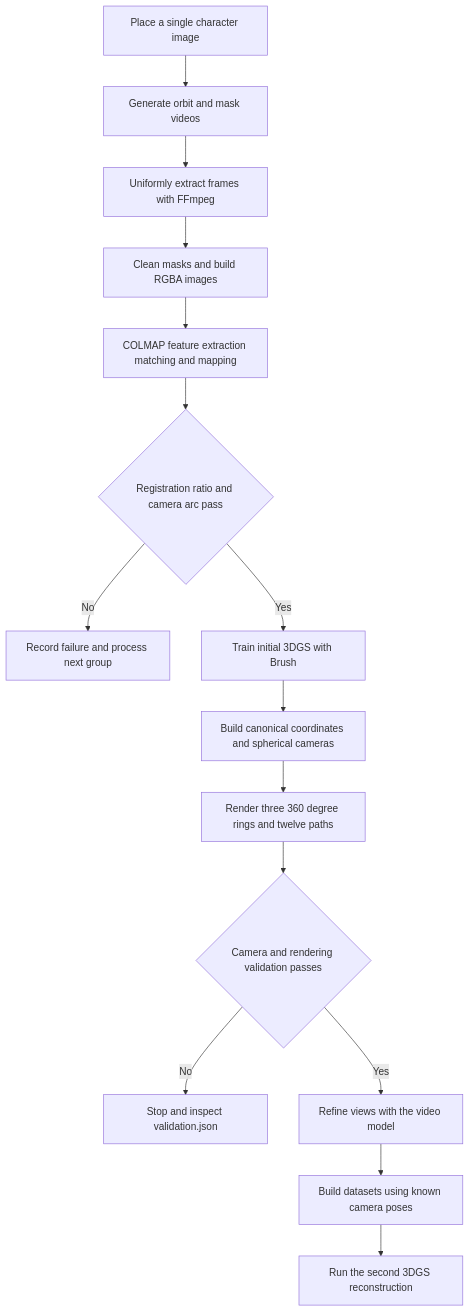
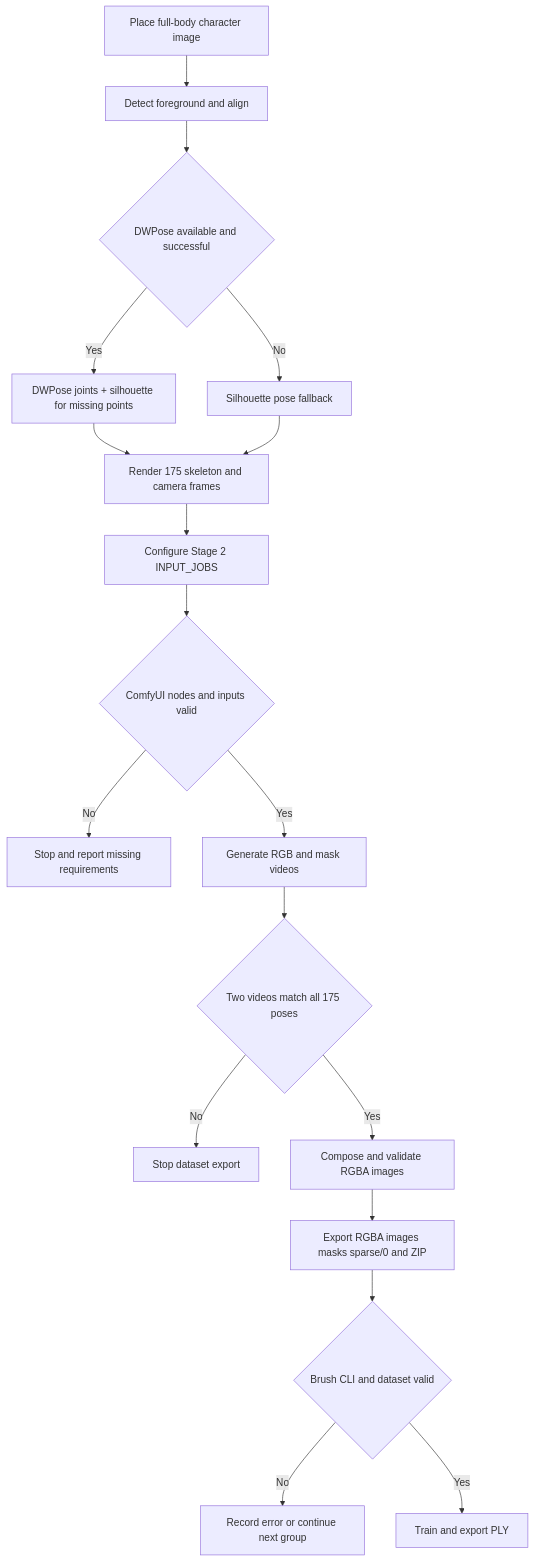
Before and after one commit to gkwang4912/VideoSplat: the third of 3 diagrams in README_EN.md, drawn with Mermaid. The commit also changed other lines of this file and 110 other files, not shown here.

````diff
--- a/README_EN.md
+++ b/README_EN.md
@@ -73,17 +79,20 @@
 ```mermaid
 flowchart TD
-    S[Place a single character image] --> G[Generate orbit and mask videos]
-    G --> F[Uniformly extract frames with FFmpeg]
-    F --> R[Clean masks and build RGBA images]
-    R --> C[COLMAP feature extraction matching and mapping]
-    C --> Q{Registration ratio and camera arc pass}
-    Q -- No --> X[Record failure and process next group]
-    Q -- Yes --> B[Train initial 3DGS with Brush]
-    B --> O[Build canonical coordinates and spherical cameras]
-    O --> T[Render three 360 degree rings and twelve paths]
-    T --> V{Camera and rendering validation passes}
-    V -- No --> Y[Stop and inspect validation.json]
-    V -- Yes --> L[Refine views with the video model]
-    L --> K[Build datasets using known camera poses]
-    K --> Z[Run the second 3DGS reconstruction]
+    A[Place full-body character image] --> B[Detect foreground and align]
+    B --> C{DWPose available and successful}
+    C -- Yes --> D[DWPose joints + silhouette for missing points]
+    C -- No --> E[Silhouette pose fallback]
+    D --> F[Render 175 skeleton and camera frames]
+    E --> F
+    F --> G[Configure Stage 2 INPUT_JOBS]
+    G --> H{ComfyUI nodes and inputs valid}
+    H -- No --> X[Stop and report missing requirements]
+    H -- Yes --> I[Generate RGB and mask videos]
+    I --> J{Two videos match all 175 poses}
+    J -- No --> Y[Stop dataset export]
+    J -- Yes --> K[Compose and validate RGBA images]
+    K --> N[Export RGBA images masks sparse/0 and ZIP]
+    N --> L{Brush CLI and dataset valid}
+    L -- No --> Z[Record error or continue next group]
+    L -- Yes --> M[Train and export PLY]
 ```
````
